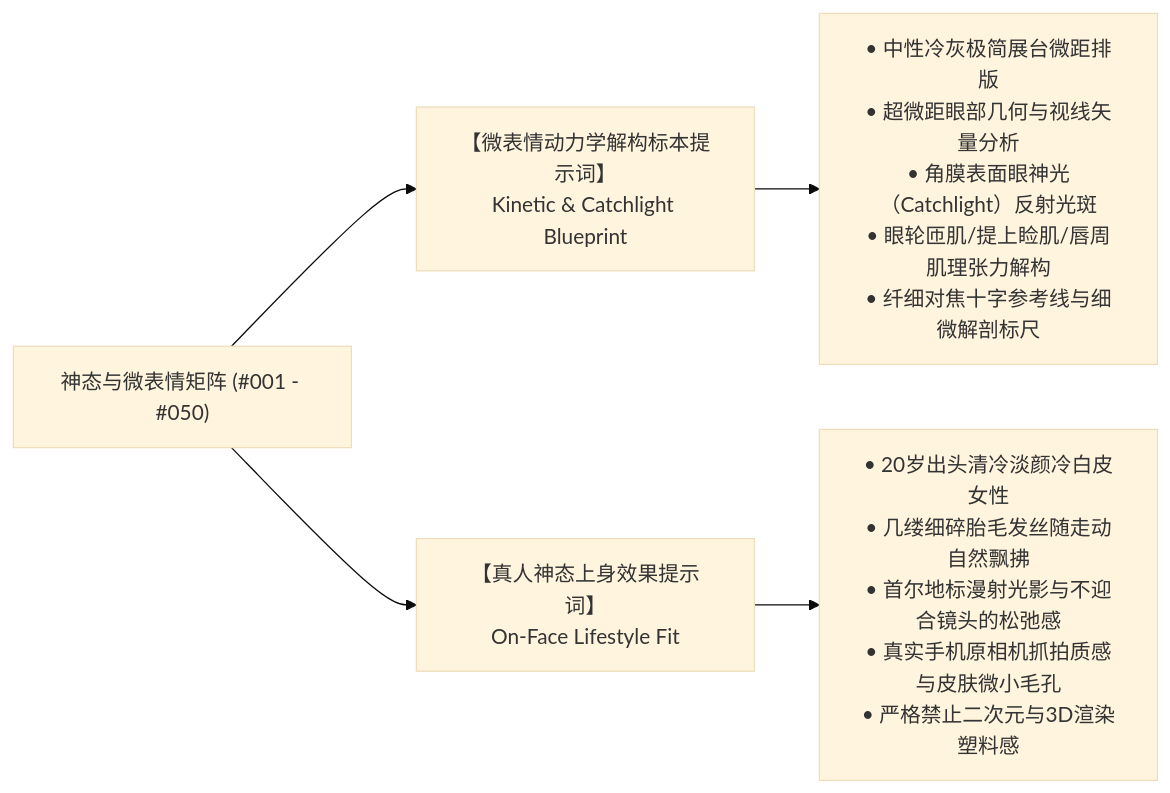
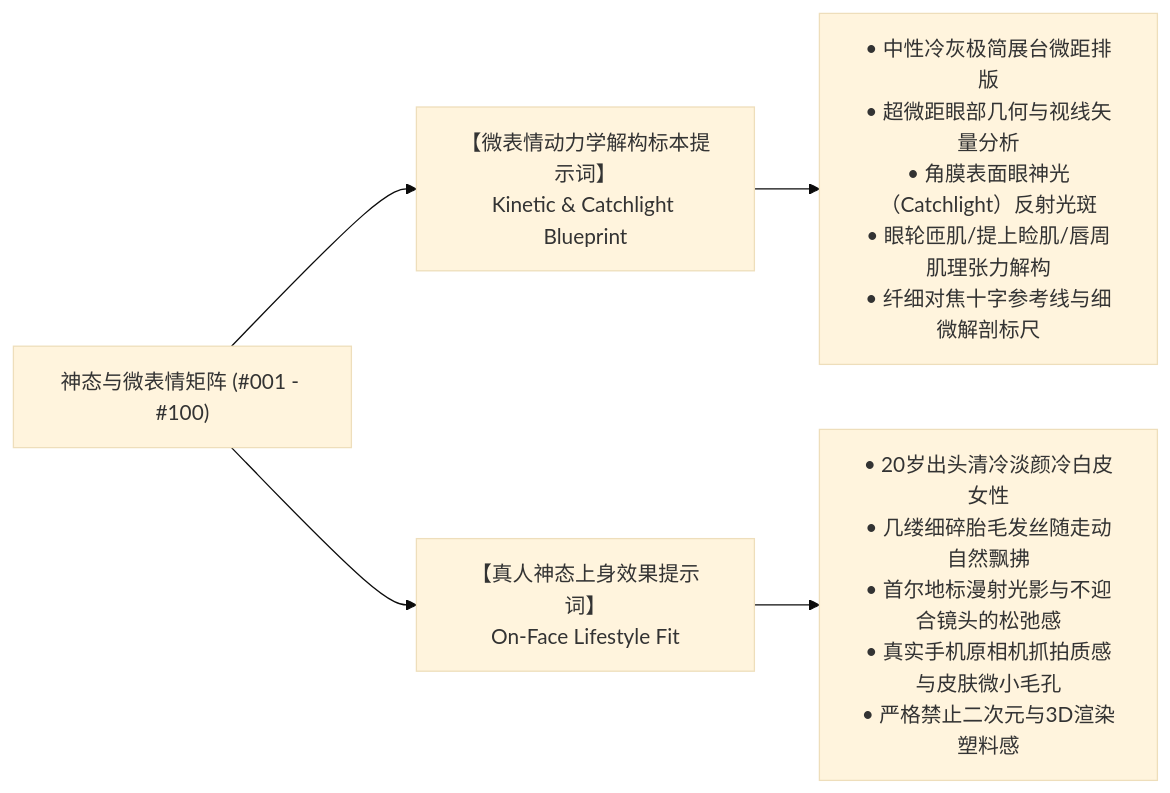
The diagram in 韩国/神态与微表情/README.md (noahvisualsx/Iris), drawn with Mermaid (base theme) before and after one commit. The commit also changed other lines of this file and 9 other files, not shown here.

````diff
--- a/韩国/神态与微表情/README.md
+++ b/韩国/神态与微表情/README.md
@@ -13,7 +13,7 @@
 ```mermaid
 flowchart LR
-    A["神态与微表情矩阵 (#001 - #050)"] --> B["【微表情动力学解构标本提示词】<br/>Kinetic & Catchlight Blueprint"]
+    A["神态与微表情矩阵 (#001 - #100)"] --> B["【微表情动力学解构标本提示词】<br/>Kinetic & Catchlight Blueprint"]
     A --> C["【真人神态上身效果提示词】<br/>On-Face Lifestyle Fit"]
     B --> B1["• 中性冷灰极简展台微距排版<br/>• 超微距眼部几何与视线矢量分析<br/>• 角膜表面眼神光（Catchlight）反射光斑<br/>• 眼轮匝肌/提上睑肌/唇周肌理张力解构<br/>• 纤细对焦十字参考线与细微解剖标尺"]
     C --> C1["• 20岁出头清冷淡颜冷白皮女性<br/>• 几缕细碎胎毛发丝随走动自然飘拂<br/>• 首尔地标漫射光影与不迎合镜头的松弛感<br/>• 真实手机原相机抓拍质感与皮肤微小毛孔<br/>• 严格禁止二次元与3D渲染塑料感"]
 ```
````
